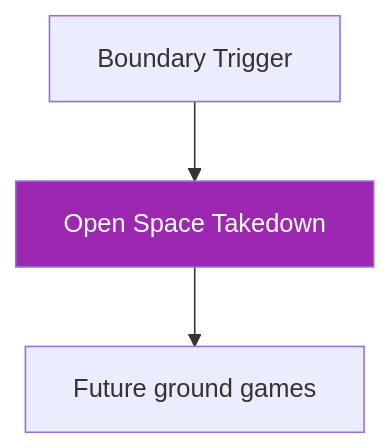
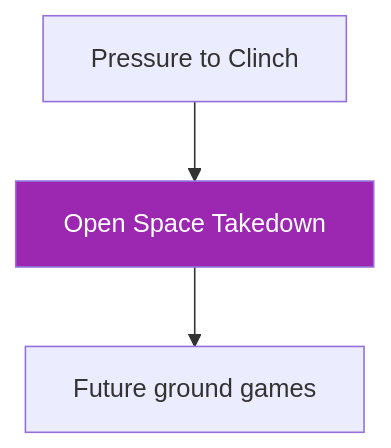
Before and after one commit to ACalienes/Ecological-MMA-Game-System: the diagram in docs/games/open-space-takedown.md, drawn with Mermaid. The commit also changed other lines of this file and 62 other files, not shown here.

````diff
--- a/docs/games/open-space-takedown.md
+++ b/docs/games/open-space-takedown.md
@@ -178,7 +318,7 @@
 ```mermaid
 flowchart TD
-    A[Boundary Trigger] --> B[Open Space Takedown]
+    A[Pressure to Clinch] --> B[Open Space Takedown]
     B --> C[Future ground games]
 
     style B fill:#9C27B0,color:#fff
 ```
````
